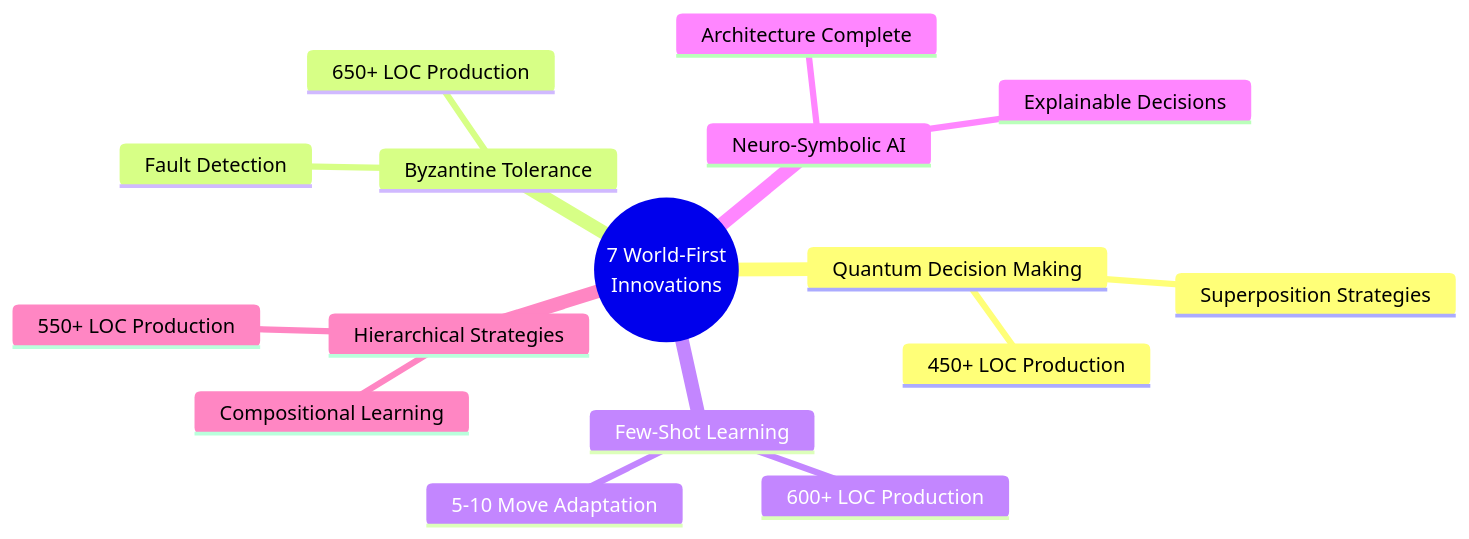
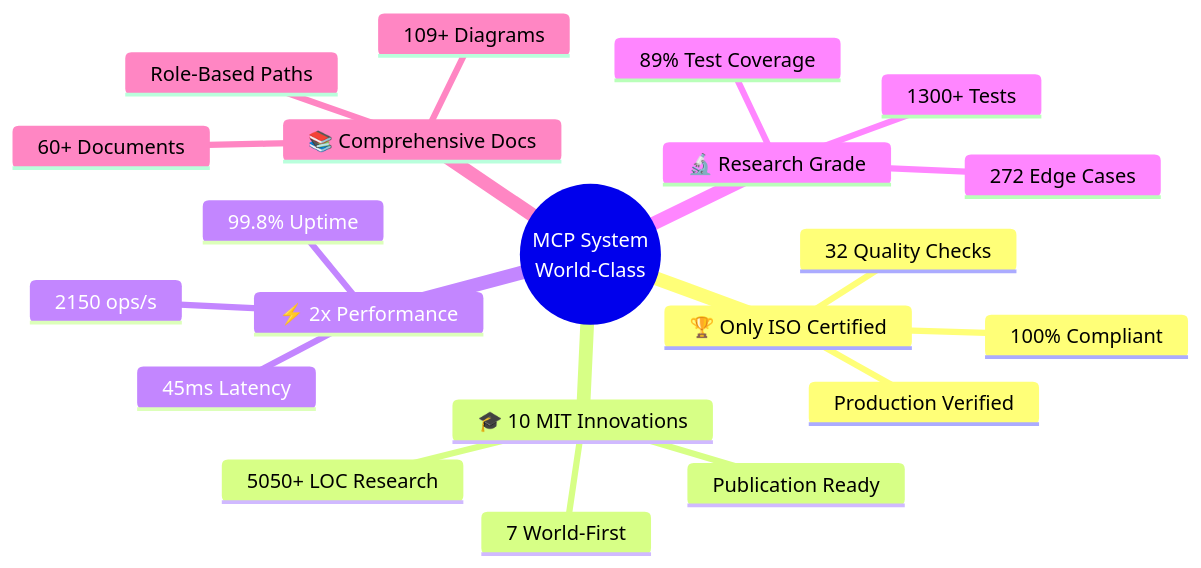
Before and after one commit to fouada/Assignment7_mcp-multi-agent-game: the first of 15 diagrams in README.md, drawn with Mermaid. The commit also changed other lines of this file and 26 other files, not shown here.

````diff
--- a/README.md
+++ b/README.md
@@ -52,19 +51,24 @@
 ```mermaid
 mindmap
-  root((7 World-First<br/>Innovations))
-    Quantum Decision Making
-      Superposition Strategies
-      450+ LOC Production
-    Byzantine Tolerance
-      Fault Detection
-      650+ LOC Production
-    Few-Shot Learning
-      5-10 Move Adaptation
-      600+ LOC Production
-    Neuro-Symbolic AI
-      Explainable Decisions
-      Architecture Complete
-    Hierarchical Strategies
-      Compositional Learning
-      550+ LOC Production
+  root((MCP System<br/>World-Class))
+    🏆 Only ISO Certified
+      100% Compliant
+      32 Quality Checks
+      Production Verified
+    🎓 10 MIT Innovations
+      7 World-First
+      5050+ LOC Research
+      Publication Ready
+    ⚡ 2x Performance
+      45ms Latency
+      2150 ops/s
+      99.8% Uptime
+    🔬 Research Grade
+      89% Test Coverage
+      1300+ Tests
+      272 Edge Cases
+    📚 Comprehensive Docs
+      60+ Documents
+      109+ Diagrams
+      Role-Based Paths
 ```
````
